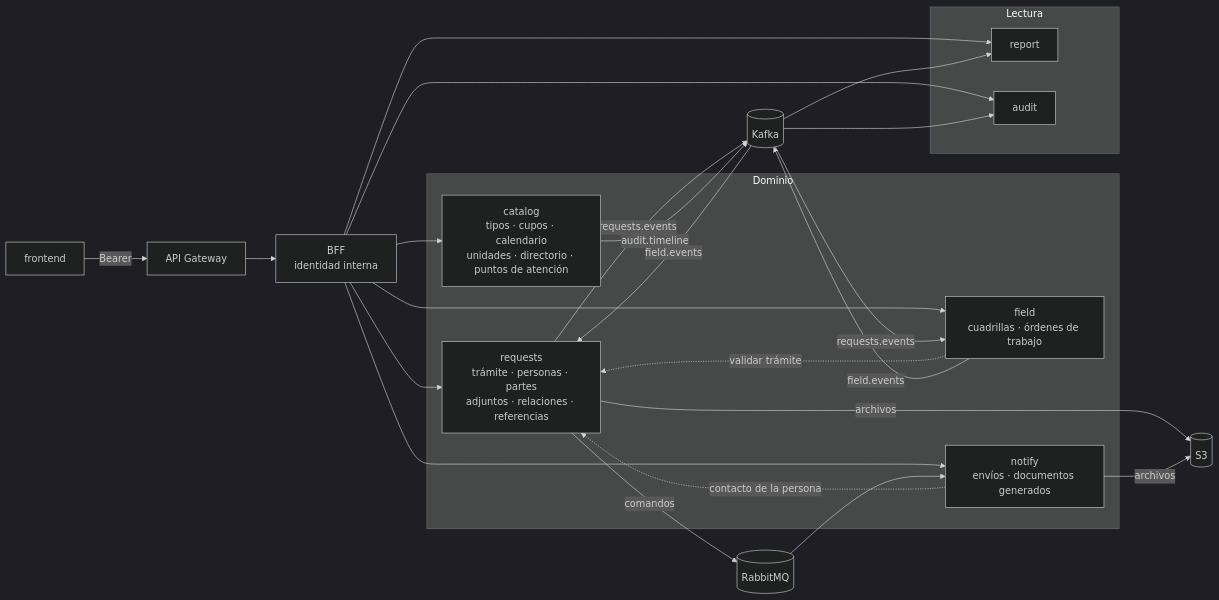
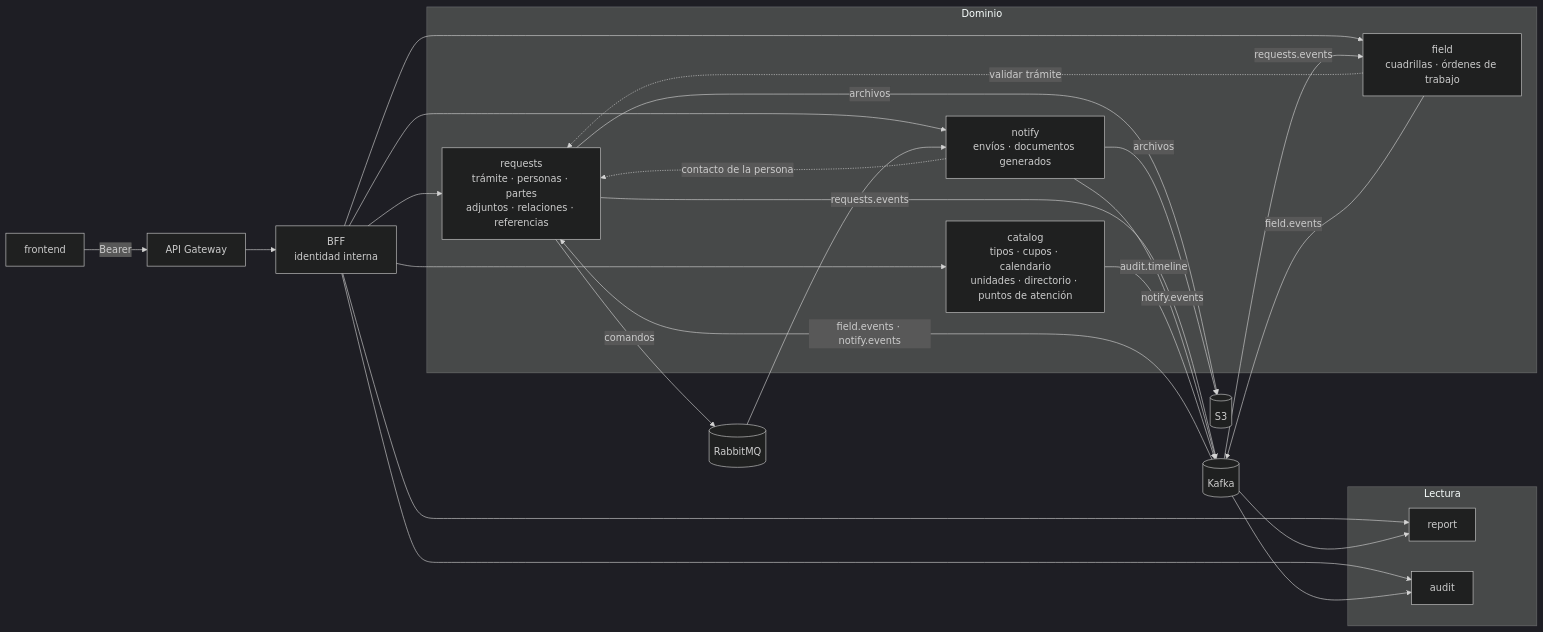
Before and after one commit to CEOAlmaloco/barriodigital-infra: the diagram in docs/contratos/dominio-contextos.md, drawn with Mermaid (dark theme). The commit also changed other lines of this file and 15 other files, not shown here.

````diff
--- a/docs/contratos/dominio-contextos.md
+++ b/docs/contratos/dominio-contextos.md
@@ -18,30 +18,31 @@
 ```mermaid
 flowchart LR
   FE[frontend] -->|Bearer| GW[API Gateway] --> BFF[BFF<br/>identidad interna]
 
   subgraph Dominio
     REQ[requests<br/>trámite · personas · partes<br/>adjuntos · relaciones · referencias]
     CAT[catalog<br/>tipos · cupos · calendario<br/>unidades · directorio · puntos de atención]
     FLD[field<br/>cuadrillas · órdenes de trabajo]
     NTY[notify<br/>envíos · documentos generados]
   end
 
   subgraph Lectura
     REP[report]
     AUD[audit]
   end
 
   BFF --> REQ & CAT & FLD & NTY & REP & AUD
   FLD -.->|validar trámite| REQ
   NTY -.->|contacto de la persona| REQ
 
   REQ -->|requests.events| K[(Kafka)]
   FLD -->|field.events| K
+  NTY -->|notify.events| K
   CAT -->|audit.timeline| K
-  K -->|field.events| REQ
+  K -->|field.events · notify.events| REQ
   K -->|requests.events| FLD
   K --> REP & AUD
 
   REQ -->|comandos| RMQ[(RabbitMQ)] --> NTY
   REQ & NTY -->|archivos| S3[(S3)]
 ```
````
